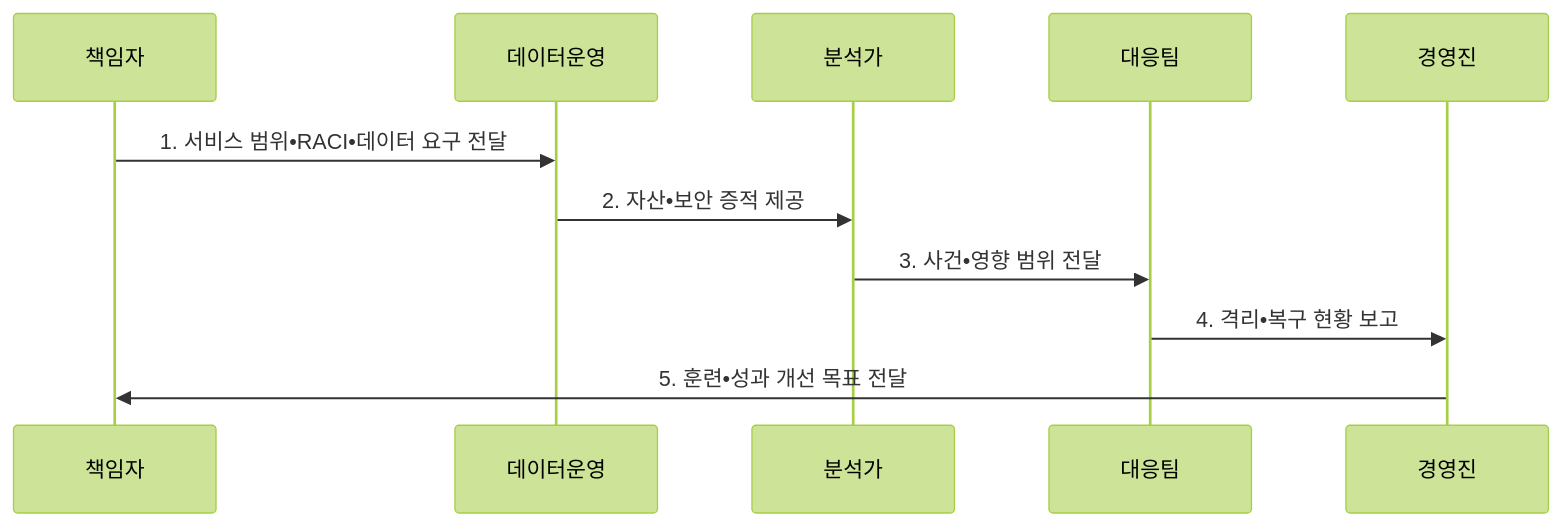
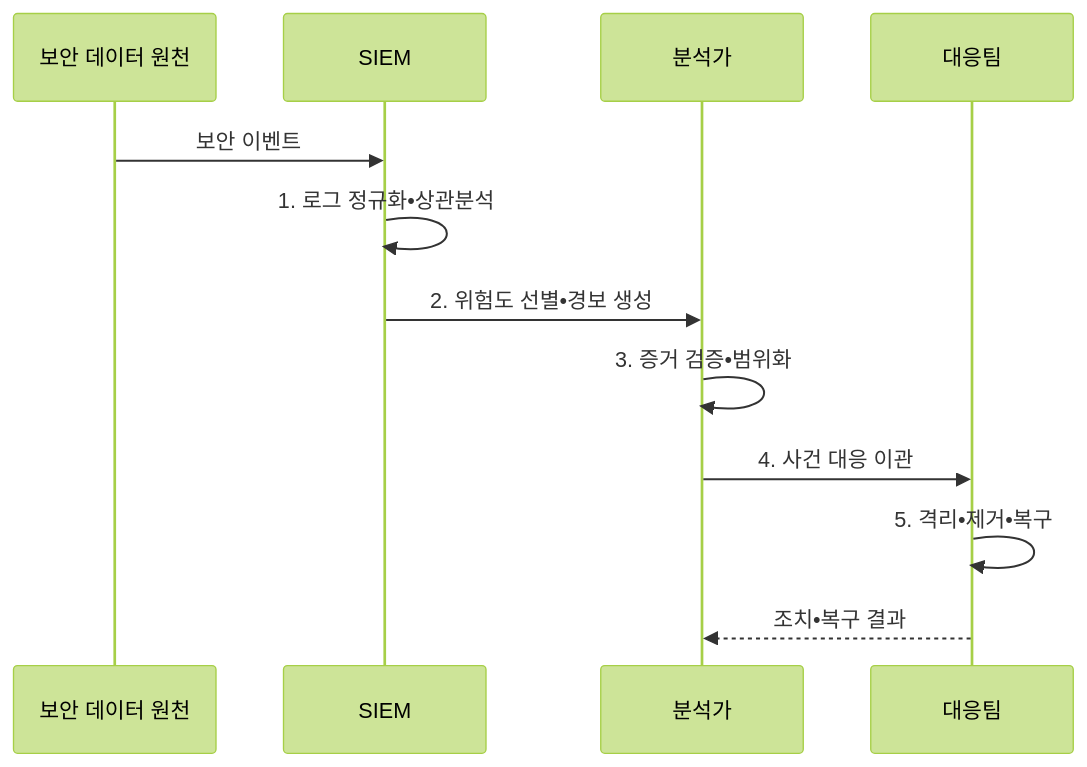
One commit to agnusdei1207/knowledge-base changed the second of 2 diagrams in src/content/docs/notes/05-security/034_security_operations_center.md. Above: the diagram before and after it, drawn with Mermaid (forest theme). The commit also changed other lines of this file and 13 other files, not shown here.

````diff
--- a/src/content/docs/notes/05-security/034_security_operations_center.md
+++ b/src/content/docs/notes/05-security/034_security_operations_center.md
@@ -106,13 +106,14 @@
 ```mermaid
 sequenceDiagram
-    participant 책임자
-    participant 데이터운영
+    participant 원천 as 보안 데이터 원천
+    participant SIEM
     participant 분석가
     participant 대응팀
-    participant 경영진
-    책임자->>데이터운영: 1. 서비스 범위•RACI•데이터 요구 전달
-    데이터운영->>분석가: 2. 자산•보안 증적 제공
-    분석가->>대응팀: 3. 사건•영향 범위 전달
-    대응팀->>경영진: 4. 격리•복구 현황 보고
-    경영진->>책임자: 5. 훈련•성과 개선 목표 전달
+    원천->>SIEM: 보안 이벤트
+    SIEM->>SIEM: 1. 로그 정규화•상관분석
+    SIEM->>분석가: 2. 위험도 선별•경보 생성
+    분석가->>분석가: 3. 증거 검증•범위화
+    분석가->>대응팀: 4. 사건 대응 이관
+    대응팀->>대응팀: 5. 격리•제거•복구
+    대응팀-->>분석가: 조치•복구 결과
 ```
````
